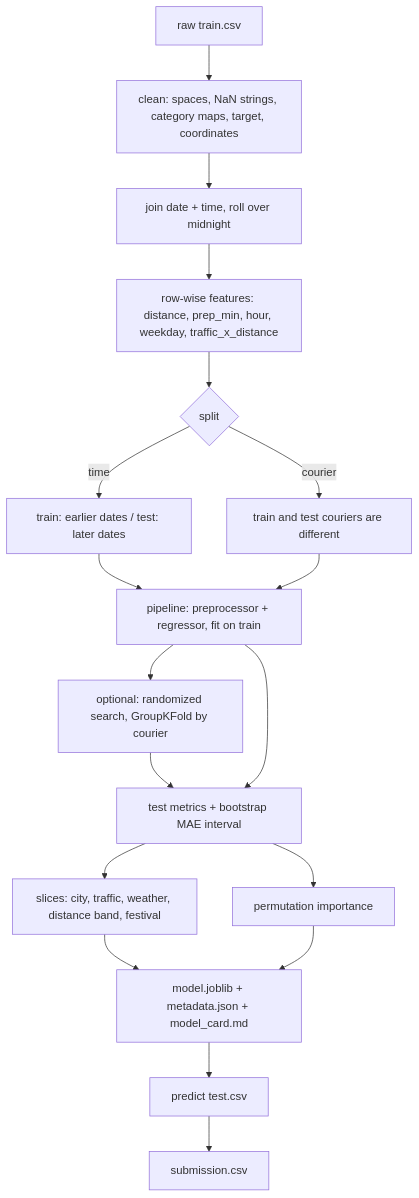
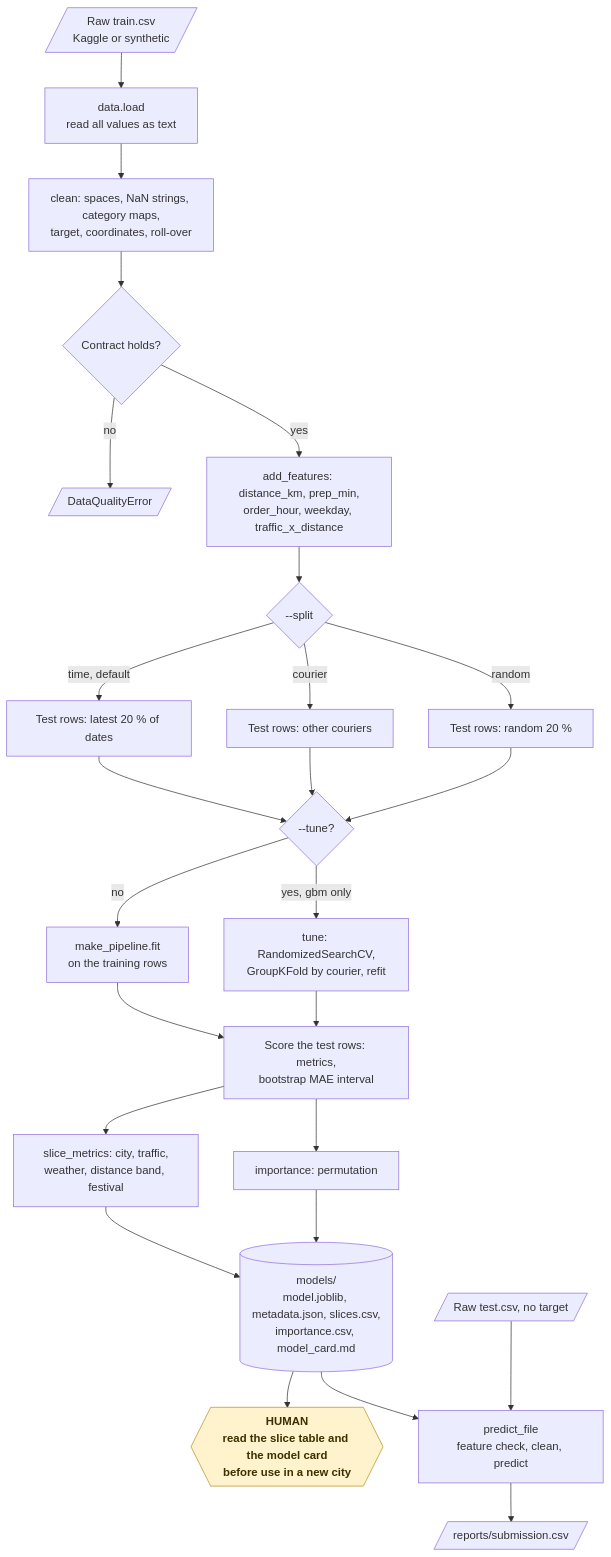
One commit to KrishnaAnnavaram/eta-eats changed the fifth of 17 diagrams in README.md. Above: the diagram before and after it, drawn with Mermaid. The commit also changed other lines of this file, not shown here.

Commit message:
Add the workflow diagrams to the README

````diff
--- a/README.md
+++ b/README.md
@@ -196,19 +240,30 @@
 ```mermaid
-flowchart TB
-    RAW["raw train.csv"] --> CL["clean: spaces, NaN strings, category maps, target, coordinates"]
-    CL --> RO["join date + time, roll over midnight"]
-    RO --> FE["row-wise features: distance, prep_min, hour, weekday, traffic_x_distance"]
-    FE --> SP{"split"}
-    SP -->|"time"| T1["train: earlier dates / test: later dates"]
-    SP -->|"courier"| T2["train and test couriers are different"]
-    T1 --> PIPE["pipeline: preprocessor + regressor, fit on train"]
-    T2 --> PIPE
-    PIPE --> TUNE["optional: randomized search, GroupKFold by courier"]
-    TUNE --> SCORE["test metrics + bootstrap MAE interval"]
-    PIPE --> SCORE
-    SCORE --> SL["slices: city, traffic, weather, distance band, festival"]
-    SCORE --> IMP["permutation importance"]
-    SL --> SAVE["model.joblib + metadata.json + model_card.md"]
+flowchart TD
+    RAW[/"Raw train.csv<br/>Kaggle or synthetic"/] --> LOAD["data.load<br/>read all values as text"]
+    LOAD --> CL["clean: spaces, NaN strings, category maps,<br/>target, coordinates, roll-over"]
+    CL --> OK{"Contract holds?"}
+    OK -- "no" --> DQE[/"DataQualityError"/]
+    OK -- "yes" --> FE["add_features: distance_km, prep_min,<br/>order_hour, weekday, traffic_x_distance"]
+    FE --> SP{"--split"}
+    SP -- "time, default" --> T1["Test rows: latest 20 % of dates"]
+    SP -- "courier" --> T2["Test rows: other couriers"]
+    SP -- "random" --> T3["Test rows: random 20 %"]
+    T1 --> TU{"--tune?"}
+    T2 --> TU
+    T3 --> TU
+    TU -- "no" --> FIT["make_pipeline.fit<br/>on the training rows"]
+    TU -- "yes, gbm only" --> RS["tune: RandomizedSearchCV,<br/>GroupKFold by courier, refit"]
+    FIT --> SC["Score the test rows: metrics,<br/>bootstrap MAE interval"]
+    RS --> SC
+    SC --> SL["slice_metrics: city, traffic,<br/>weather, distance band, festival"]
+    SC --> IMP["importance: permutation"]
+    SL --> SAVE[("models/<br/>model.joblib, metadata.json, slices.csv,<br/>importance.csv, model_card.md")]
     IMP --> SAVE
-    SAVE --> PRED["predict test.csv"] --> SUB["submission.csv"]
+    SAVE --> CHK{{"HUMAN<br/>read the slice table and the model card<br/>before use in a new city"}}
+    TEST[/"Raw test.csv, no target"/] --> PRED["predict_file<br/>feature check, clean, predict"]
+    SAVE --> PRED
+    PRED --> SUB[/"reports/submission.csv"/]
+
+    classDef human fill:#fff3cd,stroke:#b8901f,color:#3d2f00,font-weight:bold
+    class CHK human
 ```
````
